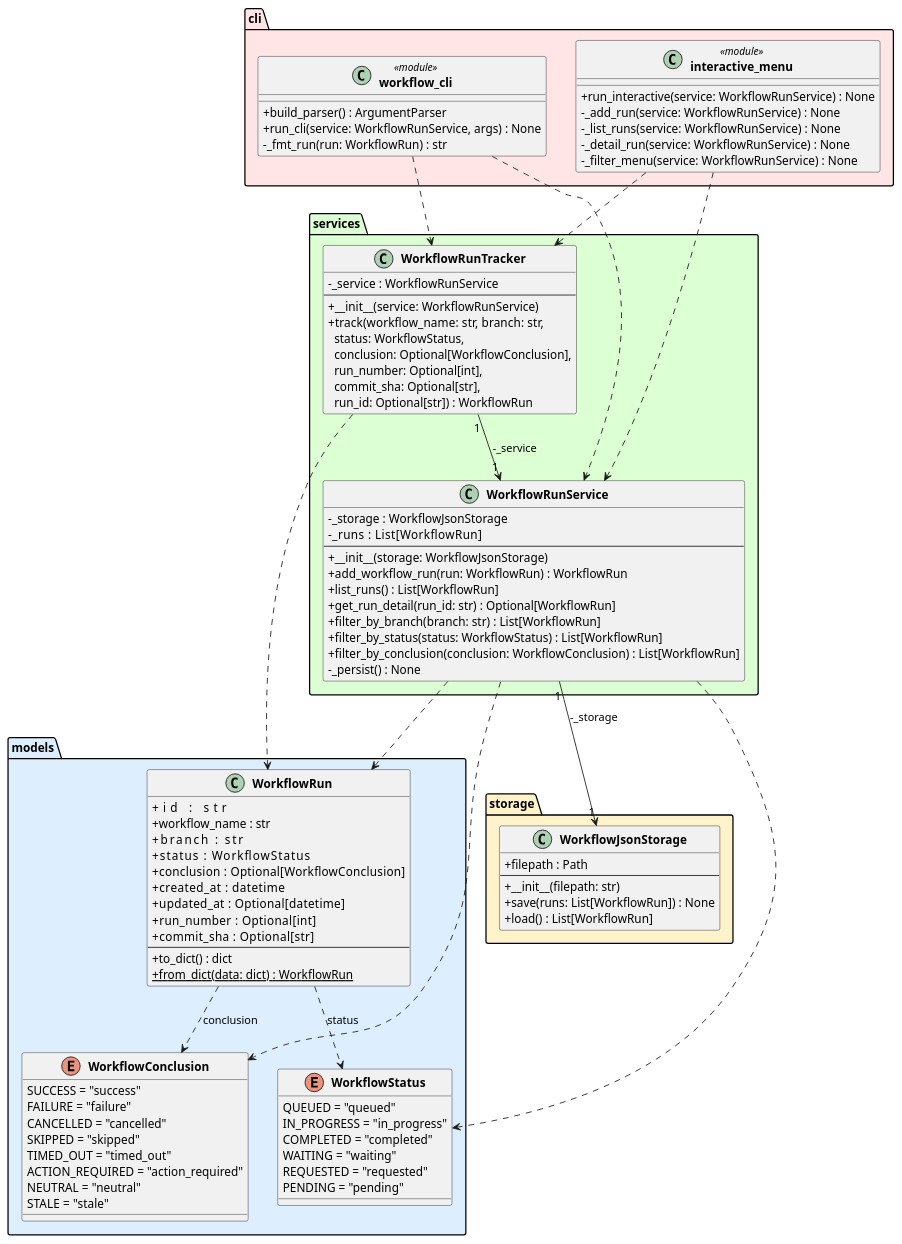
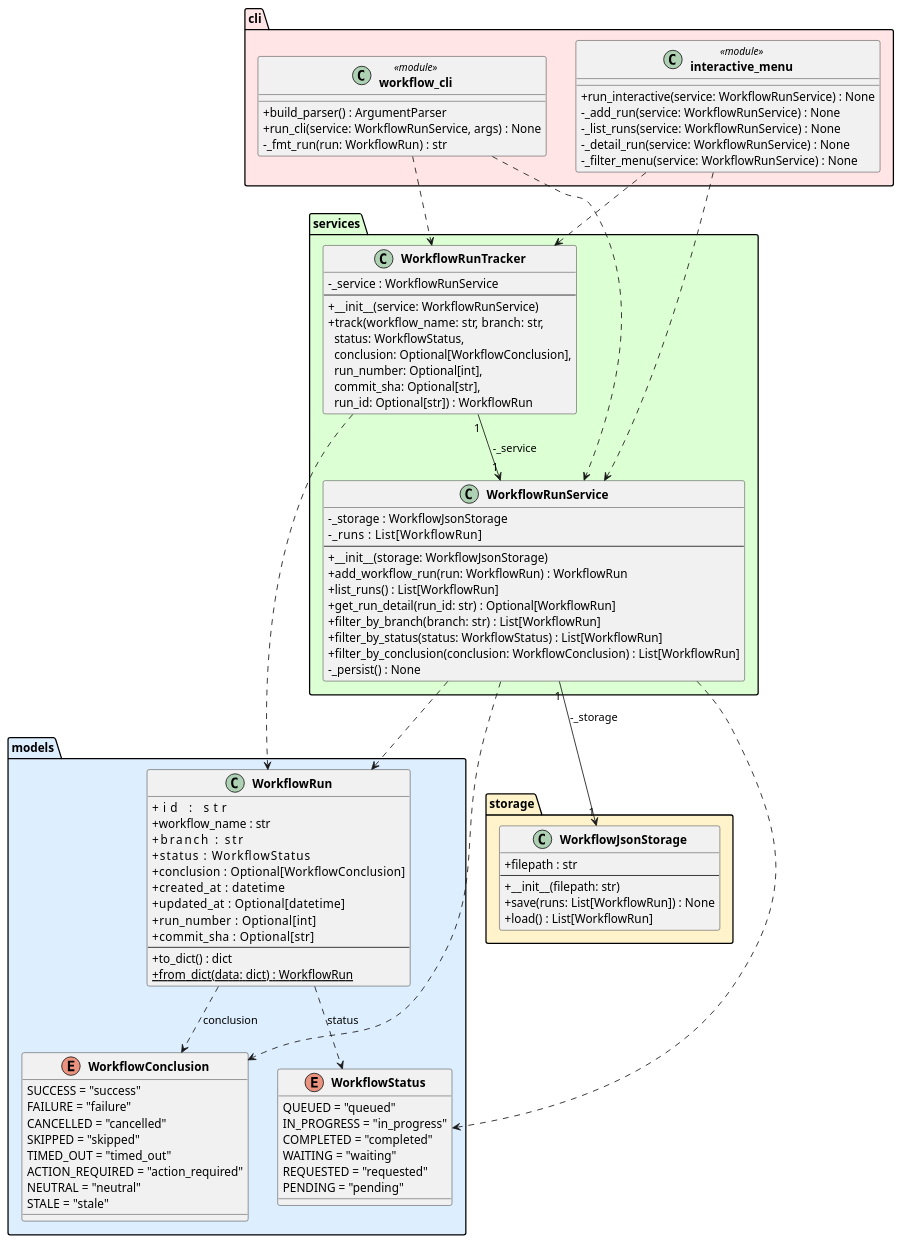
One commit to DanielRiha8906/Software_autoevolution_using_agents changed the diagram in baseline/github-workflow-manager/artifacts/class_diagram.puml. Above: the diagram before and after it, drawn with PlantUML. The commit also changed 27 other files, not shown here.

Commit message:
github-workflow-manager diagrams + fixes to diagrams.

```diff
--- a/baseline/github-workflow-manager/artifacts/class_diagram.puml
+++ b/baseline/github-workflow-manager/artifacts/class_diagram.puml
@@ -1,105 +1,105 @@
 @startuml class_diagram
 
 skinparam classAttributeIconSize 0
 skinparam classFontStyle bold
 
 package "models" #DDEEFF {
     enum WorkflowStatus {
         QUEUED = "queued"
         IN_PROGRESS = "in_progress"
         COMPLETED = "completed"
         WAITING = "waiting"
         REQUESTED = "requested"
         PENDING = "pending"
     }
 
     enum WorkflowConclusion {
         SUCCESS = "success"
         FAILURE = "failure"
         CANCELLED = "cancelled"
         SKIPPED = "skipped"
         TIMED_OUT = "timed_out"
         ACTION_REQUIRED = "action_required"
         NEUTRAL = "neutral"
         STALE = "stale"
     }
 
     class WorkflowRun {
         +id            : str
         +workflow_name : str
         +branch        : str
         +status        : WorkflowStatus
         +conclusion    : Optional[WorkflowConclusion]
         +created_at    : datetime
         +updated_at    : Optional[datetime]
         +run_number    : Optional[int]
         +commit_sha    : Optional[str]
         --
         +to_dict() : dict
         +{static} from_dict(data: dict) : WorkflowRun
     }
 }
 
 package "storage" #FFF3CC {
     class WorkflowJsonStorage {
-        +filepath : Path
+        +filepath : str
         --
         +__init__(filepath: str)
         +save(runs: List[WorkflowRun]) : None
         +load() : List[WorkflowRun]
     }
 }
 
 package "services" #DDFFD4 {
     class WorkflowRunService {
         -_storage : WorkflowJsonStorage
         -_runs    : List[WorkflowRun]
         --
         +__init__(storage: WorkflowJsonStorage)
         +add_workflow_run(run: WorkflowRun) : WorkflowRun
         +list_runs() : List[WorkflowRun]
         +get_run_detail(run_id: str) : Optional[WorkflowRun]
         +filter_by_branch(branch: str) : List[WorkflowRun]
         +filter_by_status(status: WorkflowStatus) : List[WorkflowRun]
         +filter_by_conclusion(conclusion: WorkflowConclusion) : List[WorkflowRun]
         -_persist() : None
     }
 
     class WorkflowRunTracker {
         -_service : WorkflowRunService
         --
         +__init__(service: WorkflowRunService)
         +track(workflow_name: str, branch: str,\n  status: WorkflowStatus,\n  conclusion: Optional[WorkflowConclusion],\n  run_number: Optional[int],\n  commit_sha: Optional[str],\n  run_id: Optional[str]) : WorkflowRun
     }
 }
 
 package "cli" #FFE5E5 {
     class "workflow_cli" <<module>> {
         +build_parser() : ArgumentParser
         +run_cli(service: WorkflowRunService, args) : None
         -_fmt_run(run: WorkflowRun) : str
     }
 
     class "interactive_menu" <<module>> {
         +run_interactive(service: WorkflowRunService) : None
         -_add_run(service: WorkflowRunService) : None
         -_list_runs(service: WorkflowRunService) : None
         -_detail_run(service: WorkflowRunService) : None
         -_filter_menu(service: WorkflowRunService) : None
     }
 }
 
 WorkflowRun                ..>  WorkflowStatus        : status
 WorkflowRun                ..>  WorkflowConclusion    : conclusion
 WorkflowRunService    "1" --> "1" WorkflowJsonStorage : -_storage
 WorkflowRunService         ..>  WorkflowRun
 WorkflowRunService         ..>  WorkflowStatus
 WorkflowRunService         ..>  WorkflowConclusion
 WorkflowRunTracker    "1" --> "1" WorkflowRunService  : -_service
 WorkflowRunTracker         ..>  WorkflowRun
 "workflow_cli"             ..>  WorkflowRunService
 "workflow_cli"             ..>  WorkflowRunTracker
 "interactive_menu"         ..>  WorkflowRunService
 "interactive_menu"         ..>  WorkflowRunTracker
 
 @enduml
```
